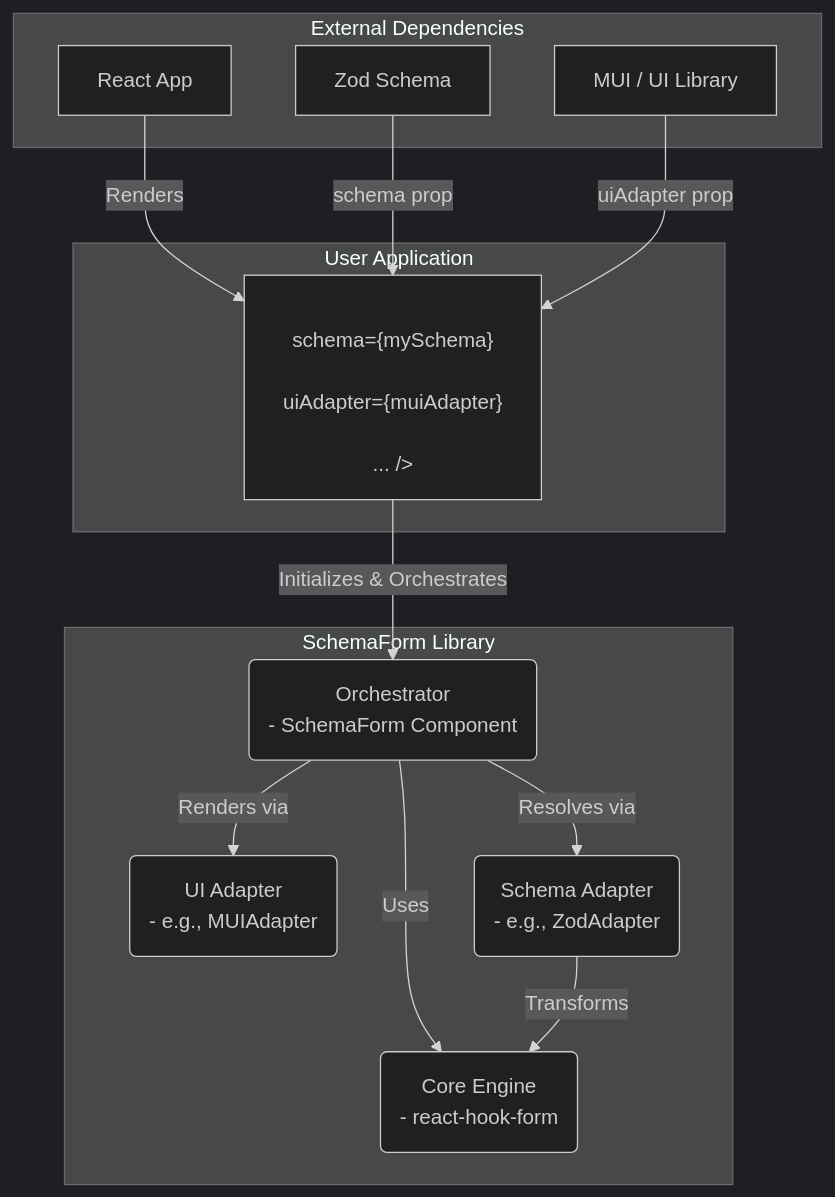
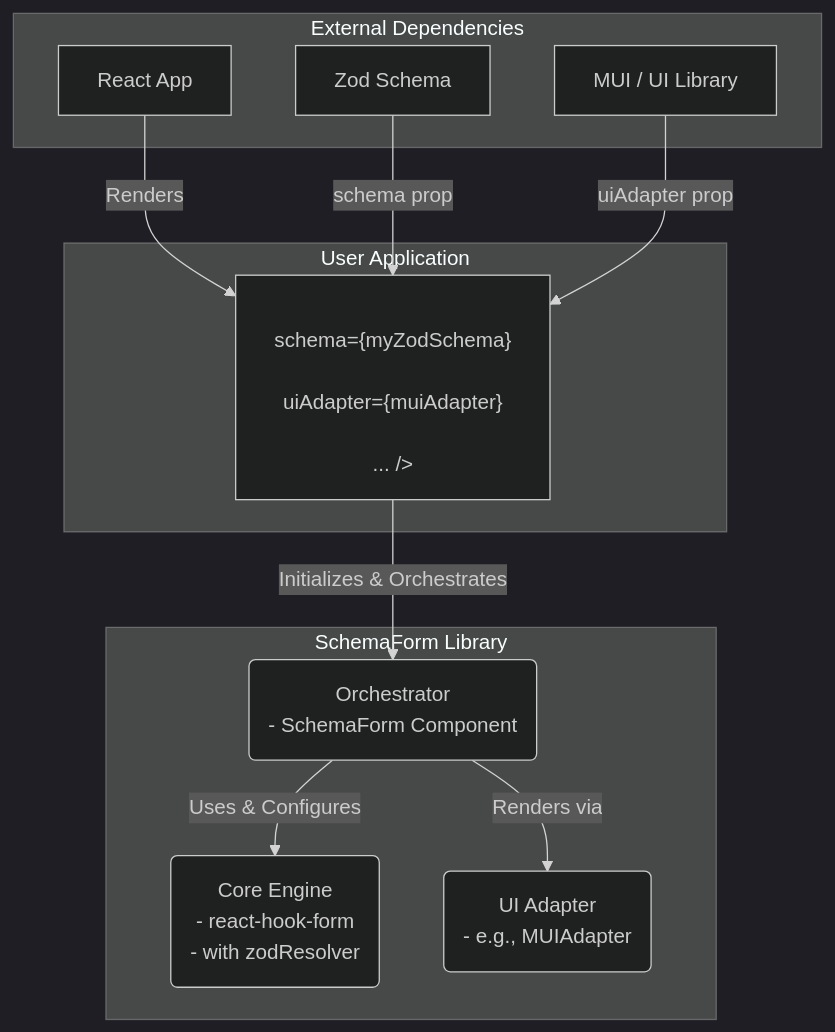
One commit to raon-c/schema-form changed the diagram in agent/ARCHITECTURE.md. Above: the diagram before and after it, drawn with Mermaid (dark theme). The commit also changed other lines of this file, not shown here.

Commit message:
schema adapter 관련 설계 제거

````diff
--- a/agent/ARCHITECTURE.md
+++ b/agent/ARCHITECTURE.md
@@ -16,34 +17,30 @@
 ```mermaid
 graph TD
     subgraph User Application
         A["<SchemaForm <br/>
-        schema={mySchema}<br/>
+        schema={myZodSchema}<br/>
         uiAdapter={muiAdapter}<br/>
         ... />"]
     end
 
     subgraph SchemaForm Library
-        B(Core Engine <br/>- react-hook-form)
+        B(Core Engine <br/>- react-hook-form <br/>- with zodResolver)
         C(Orchestrator <br/>- SchemaForm Component)
         D(UI Adapter <br/>- e.g., MUIAdapter)
-        E(Schema Adapter <br/>- e.g., ZodAdapter)
     end
 
     subgraph External Dependencies
         F[React App]
         G[Zod Schema]
         H[MUI / UI Library]
     end
 
     F -- Renders --> A
     G -- "schema" prop --> A
     H -- "uiAdapter" prop --> A
 
     A -- "Initializes & Orchestrates" --> C
 
-    C -- "Uses" --> B
-    C -- "Resolves via" --> E
+    C -- "Uses & Configures" --> B
     C -- "Renders via" --> D
-
-    E -- "Transforms" --> B
 ```
````
